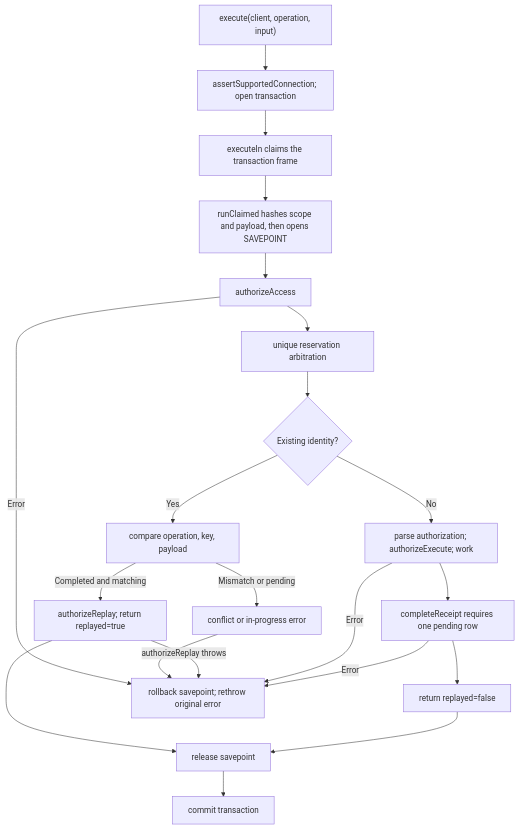
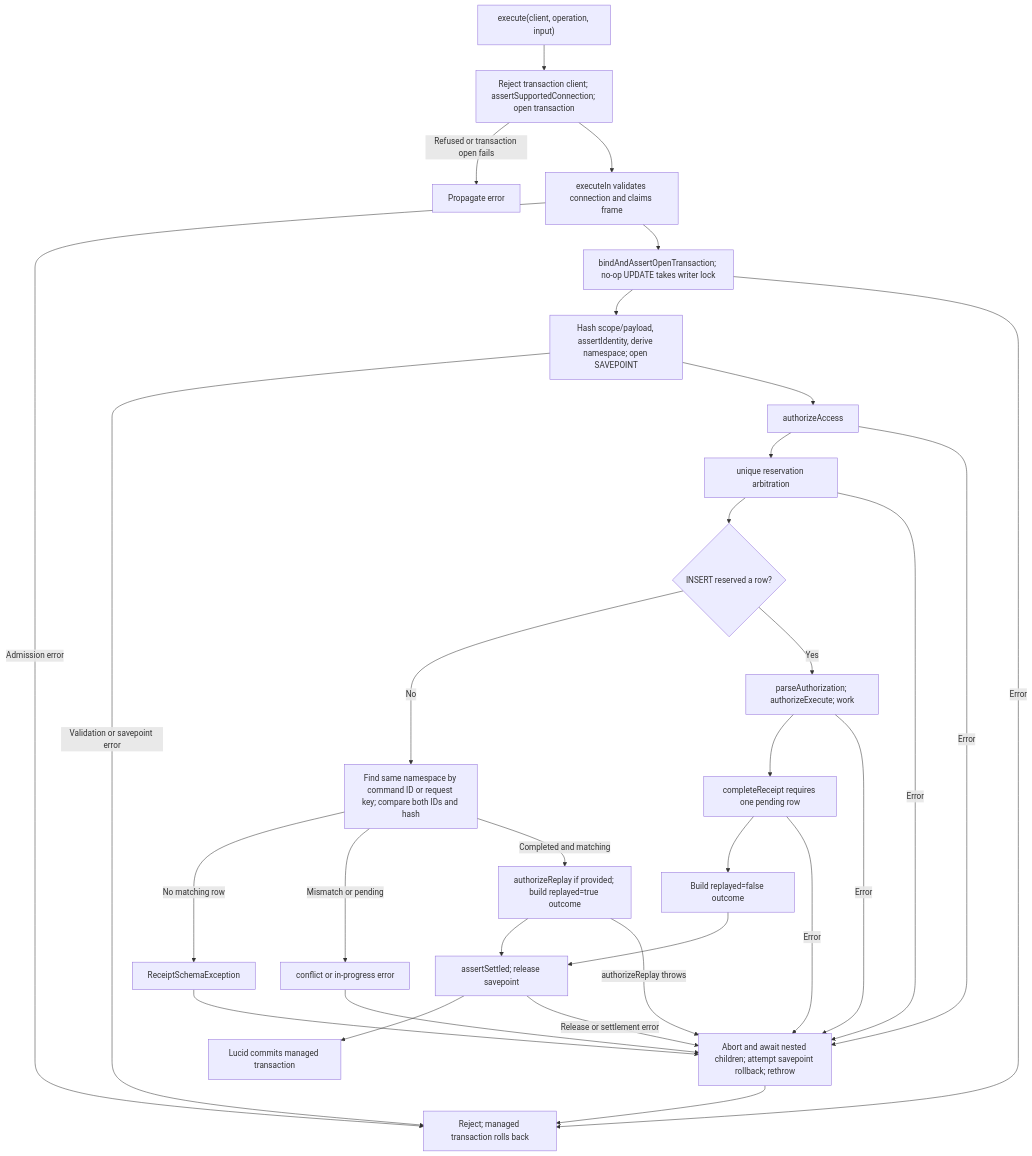
One commit to Kevinjohn/oss-adonisjs-duplicate-request-guard changed the second of 2 diagrams in user-stories/US-GUARD-01-execute-command.md. Above: the diagram before and after it, drawn with Mermaid. The commit also changed other lines of this file and 9 other files, not shown here.

````diff
--- a/user-stories/US-GUARD-01-execute-command.md
+++ b/user-stories/US-GUARD-01-execute-command.md
@@ -50,23 +57,33 @@
 ```mermaid
 flowchart TD
-    A["execute(client, operation, input)"] --> B["assertSupportedConnection; open transaction"]
-    B --> C["executeIn claims the transaction frame"]
-    C --> D["runClaimed hashes scope and payload, then opens SAVEPOINT"]
+    A["execute(client, operation, input)"] --> B["Reject transaction client; assertSupportedConnection; open transaction"]
+    B -->|Refused or transaction open fails| X2["Propagate error"]
+    B --> C["executeIn validates connection and claims frame"]
+    C -->|Admission error| T
+    C --> V["bindAndAssertOpenTransaction; no-op UPDATE takes writer lock"]
+    V --> D["Hash scope/payload, assertIdentity, derive namespace; open SAVEPOINT"]
+    V -->|Error| T["Reject; managed transaction rolls back"]
+    D -->|Validation or savepoint error| T
     D --> D2["authorizeAccess"]
     D2 --> E["unique reservation arbitration"]
-    E --> F{"Existing identity?"}
-    F -->|Yes| G["compare operation, key, payload"]
+    E --> F{"INSERT reserved a row?"}
+    E -->|Error| Y
+    F -->|No| G["Find same namespace by command ID or request key; compare both IDs and hash"]
+    G -->|No matching row| S["ReceiptSchemaException"]
+    S --> Y
     G -->|Mismatch or pending| X["conflict or in-progress error"]
-    G -->|Completed and matching| L["authorizeReplay; return replayed=true"]
-    F -->|No| H["parse authorization; authorizeExecute; work"]
+    G -->|Completed and matching| L["authorizeReplay if provided; build replayed=true outcome"]
+    F -->|Yes| H["parseAuthorization; authorizeExecute; work"]
     H --> I["completeReceipt requires one pending row"]
-    I --> J["return replayed=false"]
-    L --> K["release savepoint"]
+    I --> J["Build replayed=false outcome"]
+    L --> K["assertSettled; release savepoint"]
     J --> K
-    K --> M["commit transaction"]
-    D2 -->|Error| Y["rollback savepoint; rethrow original error"]
+    K --> M["Lucid commits managed transaction"]
+    K -->|Release or settlement error| Y
+    D2 -->|Error| Y["Abort and await nested children; attempt savepoint rollback; rethrow"]
     X --> Y
     L -->|authorizeReplay throws| Y
     H -->|Error| Y
     I -->|Error| Y
+    Y --> T
 ```
````
